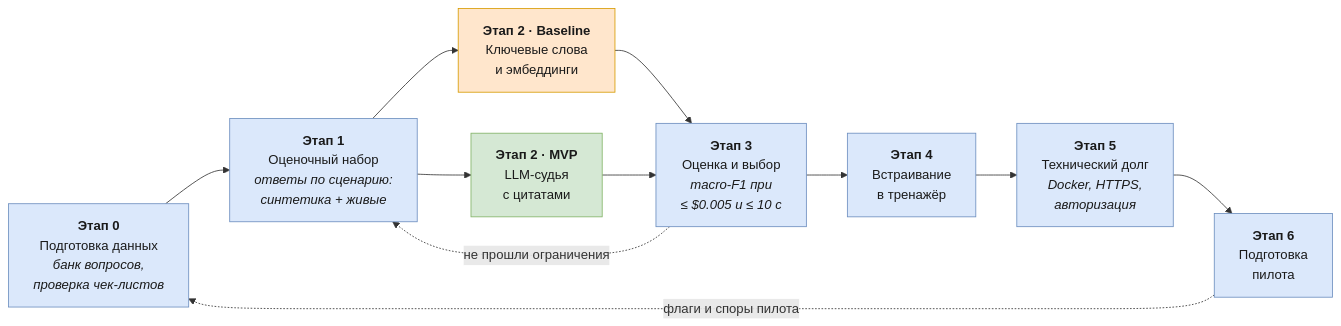
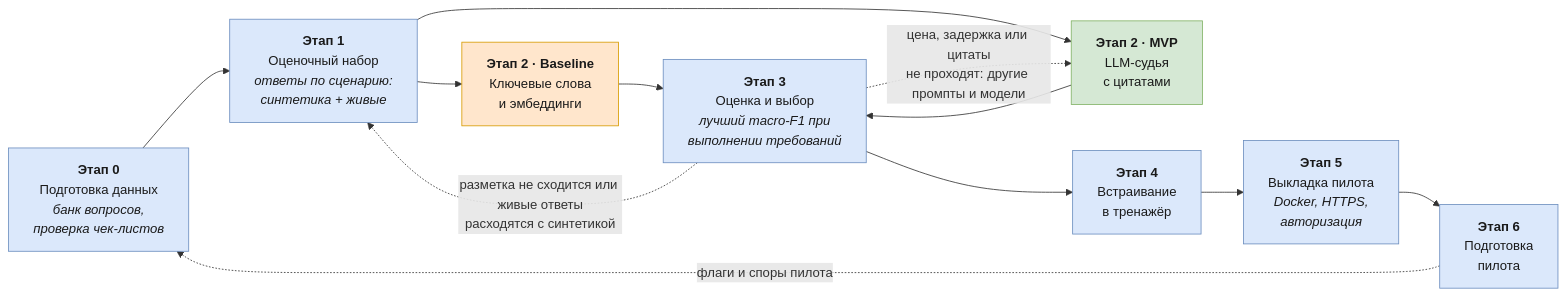
The diagram in docs/ml_system_design_doc.md (egorsorvin/ml-interview-trainer), drawn with Mermaid before and after one commit. The commit also changed other lines of this file, not shown here.

Commit message:
Design doc: fix diagram returns and stage name, selection rule with citations, measurable stability requirement

````diff
--- a/docs/ml_system_design_doc.md
+++ b/docs/ml_system_design_doc.md
@@ -260,28 +265,29 @@
 ```mermaid
 flowchart LR
     S0["<b>Этап 0</b><br/>Подготовка данных<br/><i>банк вопросов,<br/>проверка чек-листов</i>"]
     S1["<b>Этап 1</b><br/>Оценочный набор<br/><i>ответы по сценарию:<br/>синтетика + живые</i>"]
     B2["<b>Этап 2 · Baseline</b><br/>Ключевые слова<br/>и эмбеддинги"]
     M2["<b>Этап 2 · MVP</b><br/>LLM-судья<br/>с цитатами"]
-    S3["<b>Этап 3</b><br/>Оценка и выбор<br/><i>macro-F1 при<br/>≤ $0.005 и ≤ 10 с</i>"]
+    S3["<b>Этап 3</b><br/>Оценка и выбор<br/><i>лучший macro-F1 при<br/>выполнении требований</i>"]
     S4["<b>Этап 4</b><br/>Встраивание<br/>в тренажёр"]
-    S5["<b>Этап 5</b><br/>Технический долг<br/><i>Docker, HTTPS,<br/>авторизация</i>"]
+    S5["<b>Этап 5</b><br/>Выкладка пилота<br/><i>Docker, HTTPS,<br/>авторизация</i>"]
     S6["<b>Этап 6</b><br/>Подготовка<br/>пилота"]
 
     S0 --> S1
     S1 --> B2
     S1 --> M2
     B2 --> S3
     M2 --> S3
     S3 --> S4 --> S5 --> S6
 
-    S3 -.->|"не прошли ограничения"| S1
+    S3 -.->|"цена, задержка или цитаты<br/>не проходят: другие промпты и модели"| M2
+    S3 -.->|"разметка не сходится или живые ответы<br/>расходятся с синтетикой"| S1
     S6 -.->|"флаги и споры пилота"| S0
 
     classDef common fill:#dbe8fb,stroke:#6c8ebf,color:#1a1a1a
     classDef base fill:#ffe6cc,stroke:#d79b00,color:#1a1a1a
     classDef mvp fill:#d5e8d4,stroke:#82b366,color:#1a1a1a
     class S0,S1,S3,S4,S5,S6 common
     class B2 base
     class M2 mvp
 ```
````
